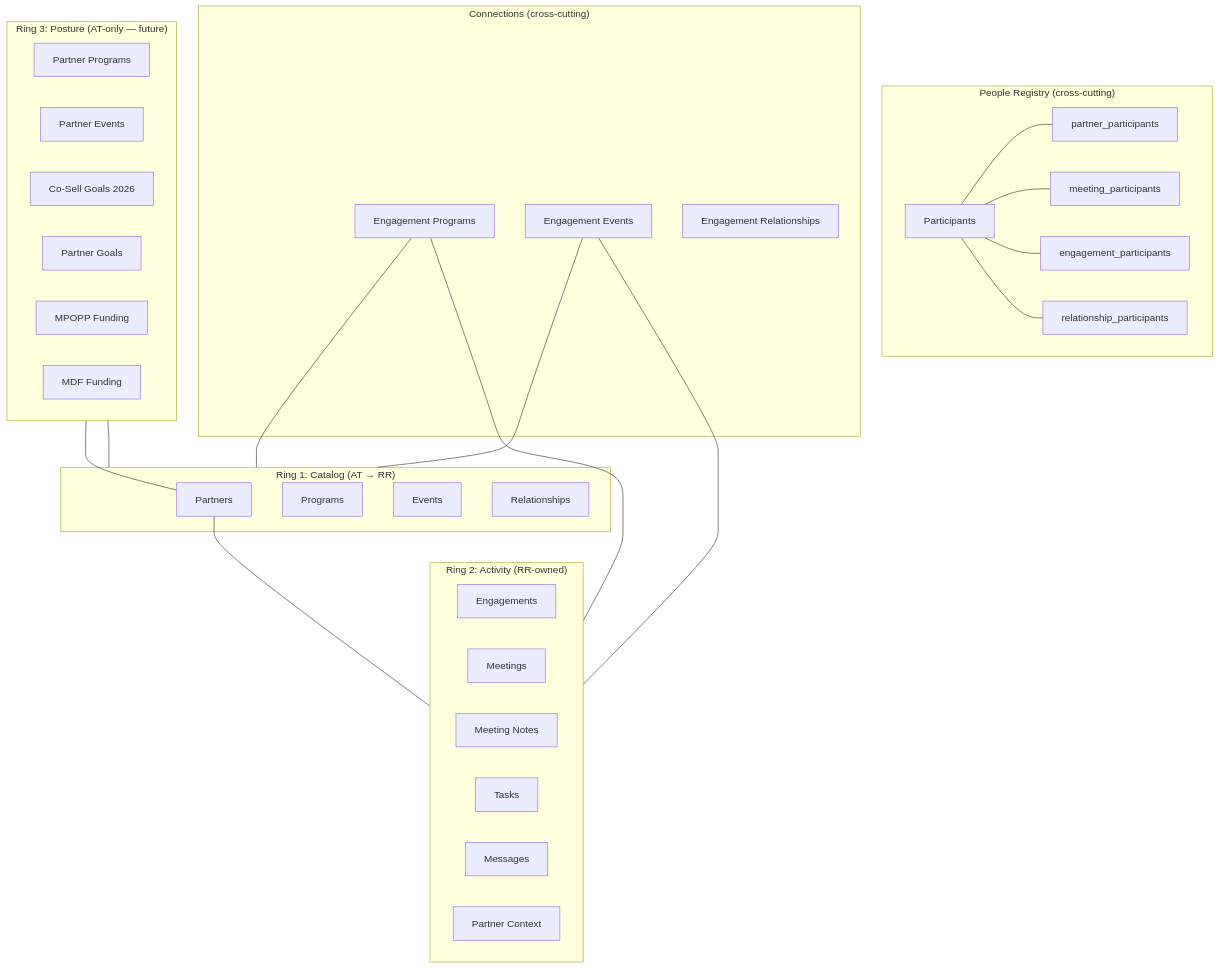
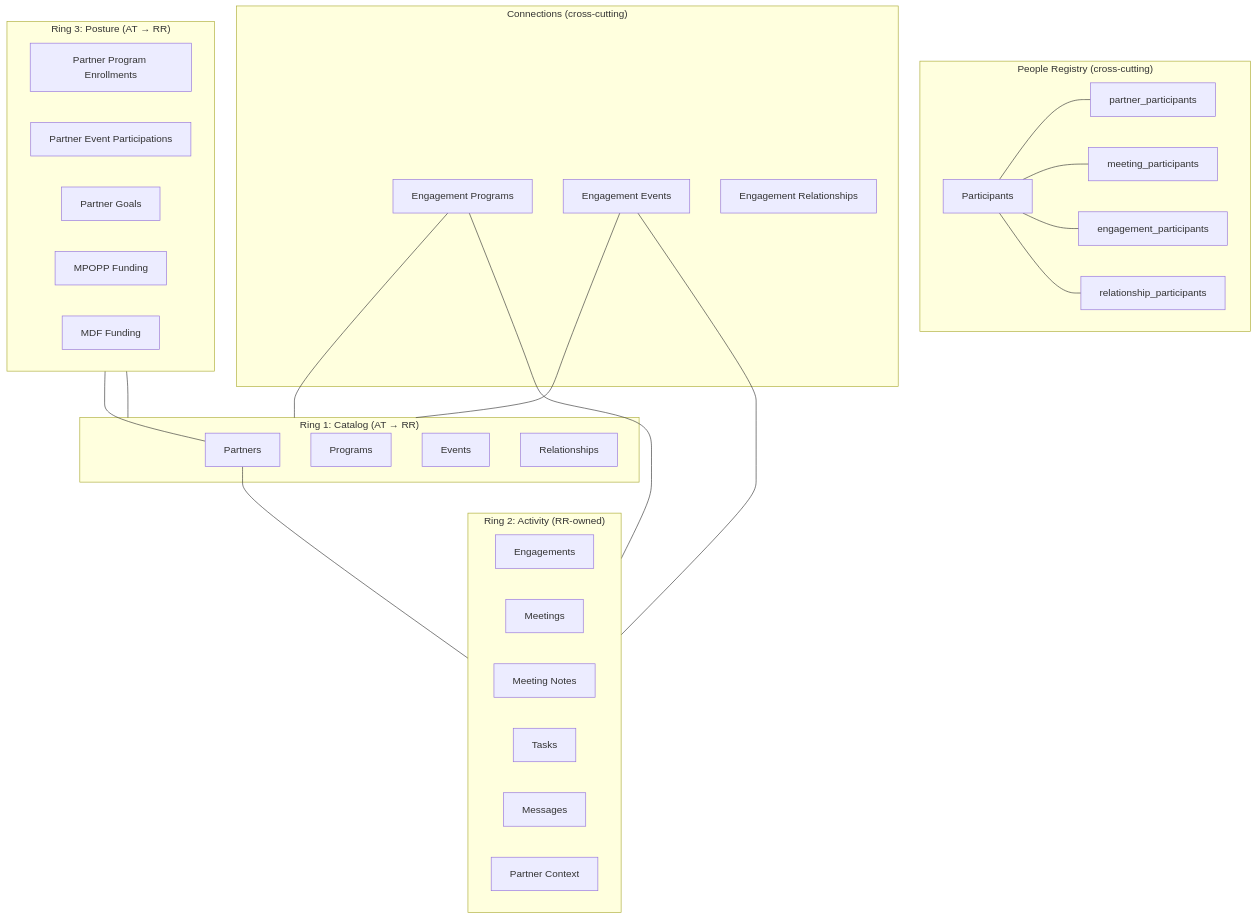
One commit to zingozingo/roadrunner changed the first of 5 diagrams in docs/entity-model.md. Above: the diagram before and after it, drawn with Mermaid. The commit also changed other lines of this file and 3 other files, not shown here.

````diff
--- a/docs/entity-model.md
+++ b/docs/entity-model.md
@@ -22,51 +22,50 @@
 ```mermaid
 graph TB
     subgraph RING1["Ring 1: Catalog (AT → RR)"]
         PARTNERS[Partners]
         PROGRAMS[Programs]
         EVENTS[Events]
         RELATIONSHIPS[Relationships]
     end
 
     subgraph RING2["Ring 2: Activity (RR-owned)"]
         ENGAGEMENTS[Engagements]
         MEETINGS[Meetings]
         MEETING_NOTES[Meeting Notes]
         TASKS[Tasks]
         MESSAGES[Messages]
 
         PARTNER_CONTEXT[Partner Context]
     end
 
     subgraph PEOPLE["People Registry (cross-cutting)"]
         PARTICIPANTS[Participants]
         PP[partner_participants]
         MP[meeting_participants]
         EP[engagement_participants]
         RP[relationship_participants]
     end
 
     subgraph JUNCTIONS["Connections (cross-cutting)"]
         ELP[Engagement Programs]
         ELE[Engagement Events]
         ER[Engagement Relationships]
     end
 
-    subgraph RING3["Ring 3: Posture (AT-only — future)"]
-        PARTNER_PROGRAMS[Partner Programs]
-        PARTNER_EVENTS[Partner Events]
-        COSELL_GOALS[Co-Sell Goals 2026]
+    subgraph RING3["Ring 3: Posture (AT → RR)"]
+        PARTNER_PROGRAMS[Partner Program Enrollments]
+        PARTNER_EVENTS[Partner Event Participations]
         PARTNER_GOALS[Partner Goals]
         MPOPP[MPOPP Funding]
         MDF[MDF Funding]
     end
 
     PARTNERS --- RING2
     PARTICIPANTS --- PP & MP & EP & RP
     ELP --- RING1
     ELE --- RING1
     ELP --- RING2
     ELE --- RING2
     RING3 --- PARTNERS
     RING3 --- RING1
 ```
````
